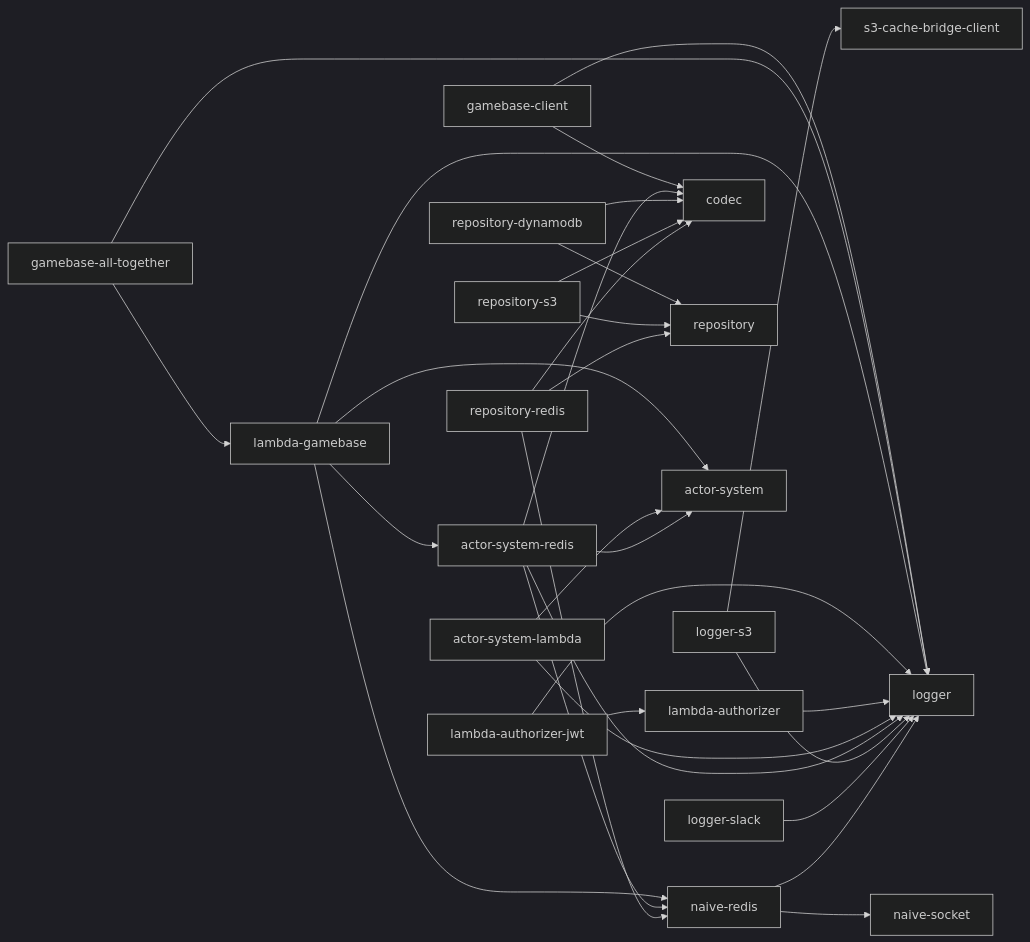
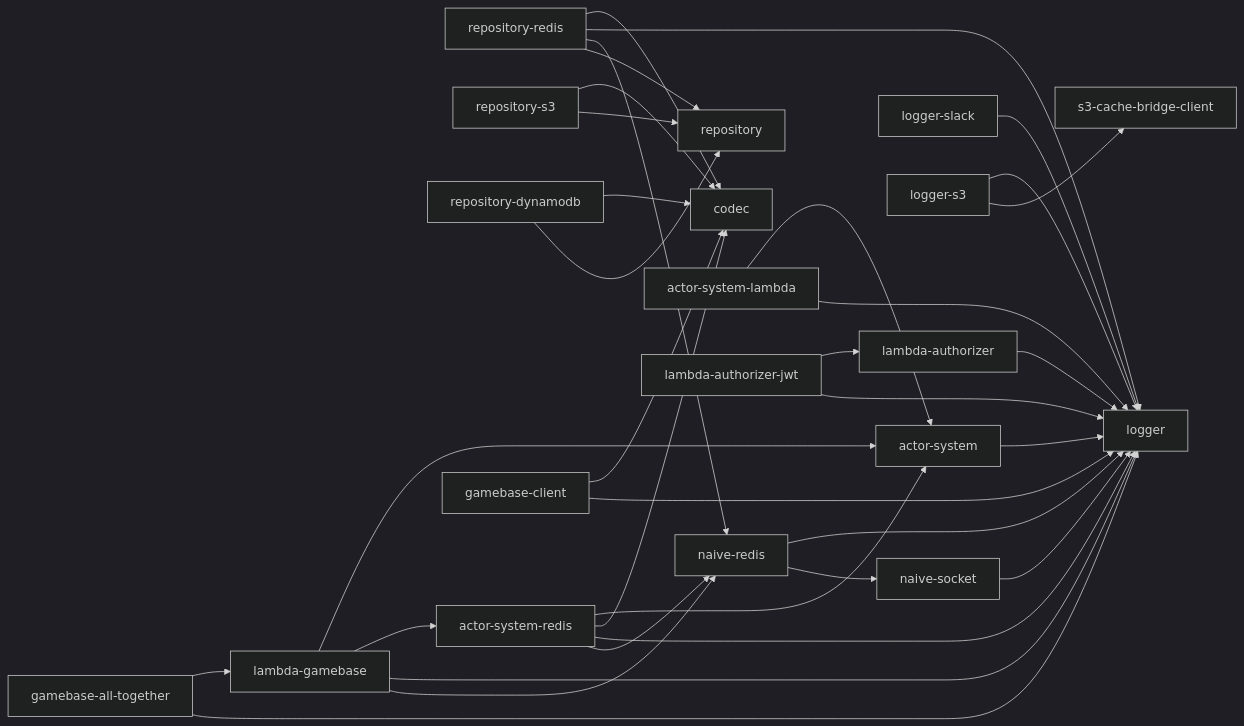
One commit to yingyeothon/tslib changed the diagram in README.md. Above: the diagram before and after it, drawn with Mermaid (dark theme). The commit also changed 5 other files, not shown here.

First line of the commit message:
Correct the dependency graph, workspace ranges and the CI matrix note

````diff
--- a/README.md
+++ b/README.md
@@ -32,32 +32,35 @@
 ```mermaid
 graph LR
+  naive-socket --> logger
   naive-redis --> logger
   naive-redis --> naive-socket
   logger-slack --> logger
   logger-s3 --> logger
   logger-s3 --> s3-cache-bridge-client
   repository-redis --> codec
+  repository-redis --> logger
   repository-redis --> naive-redis
   repository-redis --> repository
   repository-s3 --> codec
   repository-s3 --> repository
   repository-dynamodb --> codec
   repository-dynamodb --> repository
+  actor-system --> logger
   actor-system-redis --> actor-system
   actor-system-redis --> codec
   actor-system-redis --> logger
   actor-system-redis --> naive-redis
   actor-system-lambda --> actor-system
   actor-system-lambda --> logger
   lambda-authorizer --> logger
   lambda-authorizer-jwt --> lambda-authorizer
   lambda-authorizer-jwt --> logger
   lambda-gamebase --> actor-system
   lambda-gamebase --> actor-system-redis
   lambda-gamebase --> logger
   lambda-gamebase --> naive-redis
   gamebase-all-together --> lambda-gamebase
   gamebase-all-together --> logger
   gamebase-client --> codec
   gamebase-client --> logger
 ```
````
